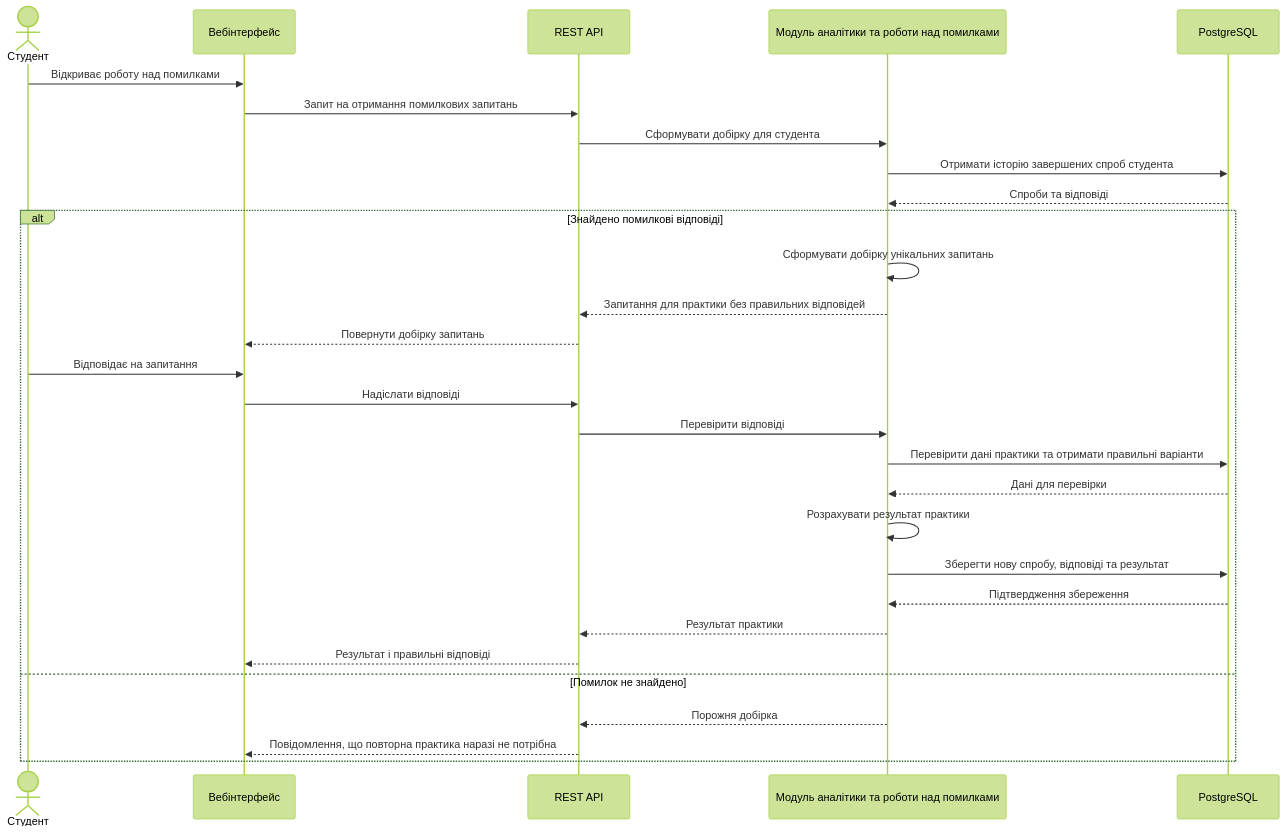
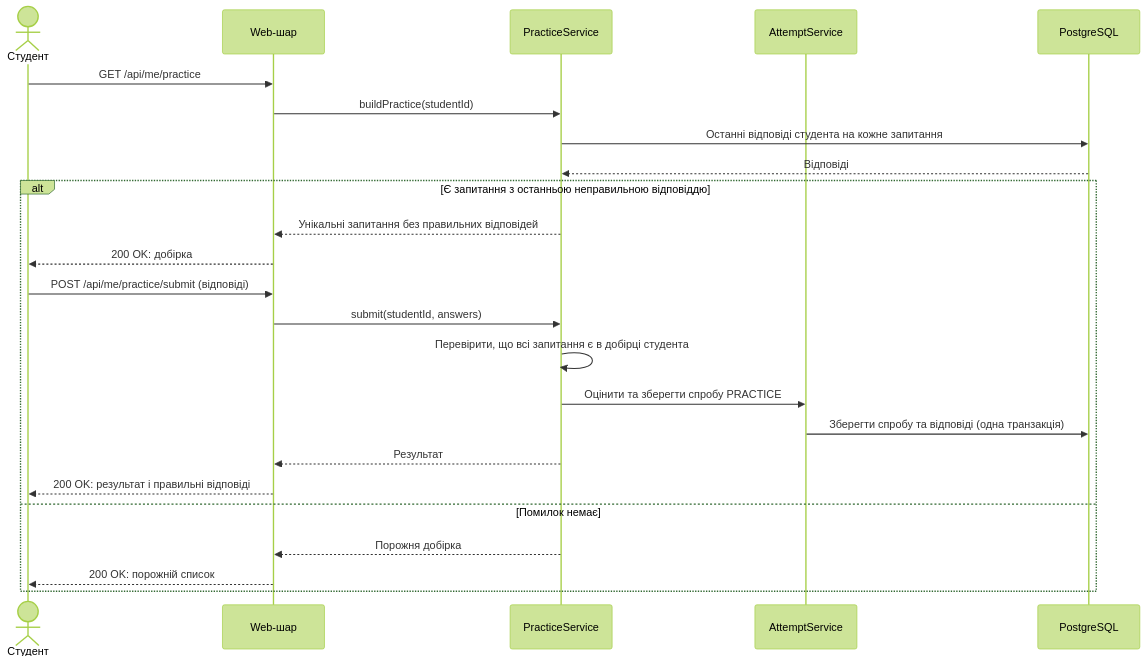
Before and after one commit to MariiaPysarenko/QuizApp: the fifth of 5 diagrams in SDD.md, drawn with Mermaid (forest theme). The commit also changed other lines of this file and 1 other file, not shown here.

````diff
--- a/SDD.md
+++ b/SDD.md
@@ -233,34 +348,28 @@
 ```mermaid
 sequenceDiagram
     actor Student as Студент
-    participant Client as Вебінтерфейс
-    participant API as REST API
-    participant Analytics as Модуль аналітики та роботи над помилками
+    participant API as Web-шар
+    participant Practice as PracticeService
+    participant Attempt as AttemptService
     participant DB as PostgreSQL
-
-    Student->>Client: Відкриває роботу над помилками
-    Client->>API: Запит на отримання помилкових запитань
-    API->>Analytics: Сформувати добірку для студента
-    Analytics->>DB: Отримати історію завершених спроб студента
-    DB-->>Analytics: Спроби та відповіді
-
-    alt Знайдено помилкові відповіді
-        Analytics->>Analytics: Сформувати добірку унікальних запитань
-        Analytics-->>API: Запитання для практики без правильних відповідей
-        API-->>Client: Повернути добірку запитань
-
-        Student->>Client: Відповідає на запитання
-        Client->>API: Надіслати відповіді
-        API->>Analytics: Перевірити відповіді
-        Analytics->>DB: Перевірити дані практики та отримати правильні варіанти
-        DB-->>Analytics: Дані для перевірки
-        Analytics->>Analytics: Розрахувати результат практики
-        Analytics->>DB: Зберегти нову спробу, відповіді та результат
-        DB-->>Analytics: Підтвердження збереження
-        Analytics-->>API: Результат практики
-        API-->>Client: Результат і правильні відповіді
-    else Помилок не знайдено
-        Analytics-->>API: Порожня добірка
-        API-->>Client: Повідомлення, що повторна практика наразі не потрібна
+ 
+    Student->>API: GET /api/me/practice
+    API->>Practice: buildPractice(studentId)
+    Practice->>DB: Останні відповіді студента на кожне запитання
+    DB-->>Practice: Відповіді
+    alt Є запитання з останньою неправильною відповіддю
+        Practice-->>API: Унікальні запитання без правильних відповідей
+        API-->>Student: 200 OK: добірка
+ 
+        Student->>API: POST /api/me/practice/submit (відповіді)
+        API->>Practice: submit(studentId, answers)
+        Practice->>Practice: Перевірити, що всі запитання є в добірці студента
+        Practice->>Attempt: Оцінити та зберегти спробу PRACTICE
+        Attempt->>DB: Зберегти спробу та відповіді (одна транзакція)
+        Practice-->>API: Результат
+        API-->>Student: 200 OK: результат і правильні відповіді
+    else Помилок немає
+        Practice-->>API: Порожня добірка
+        API-->>Student: 200 OK: порожній список
     end
 ```
````
